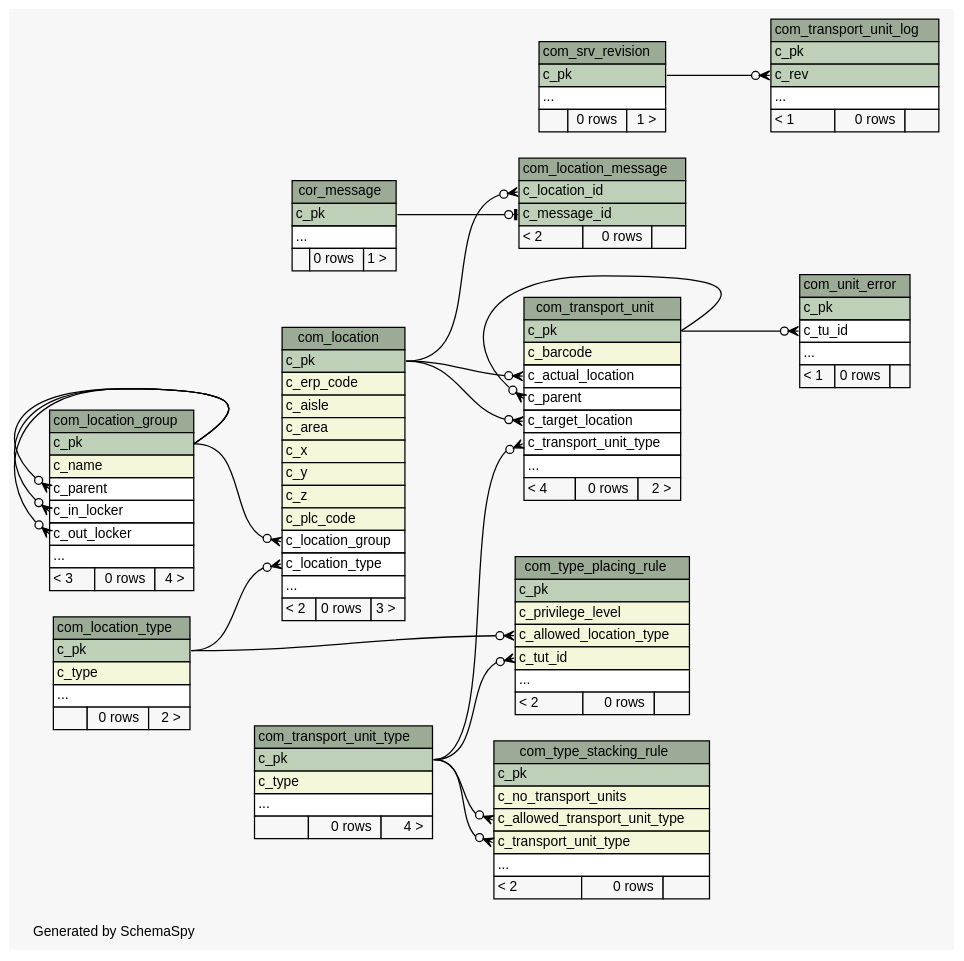
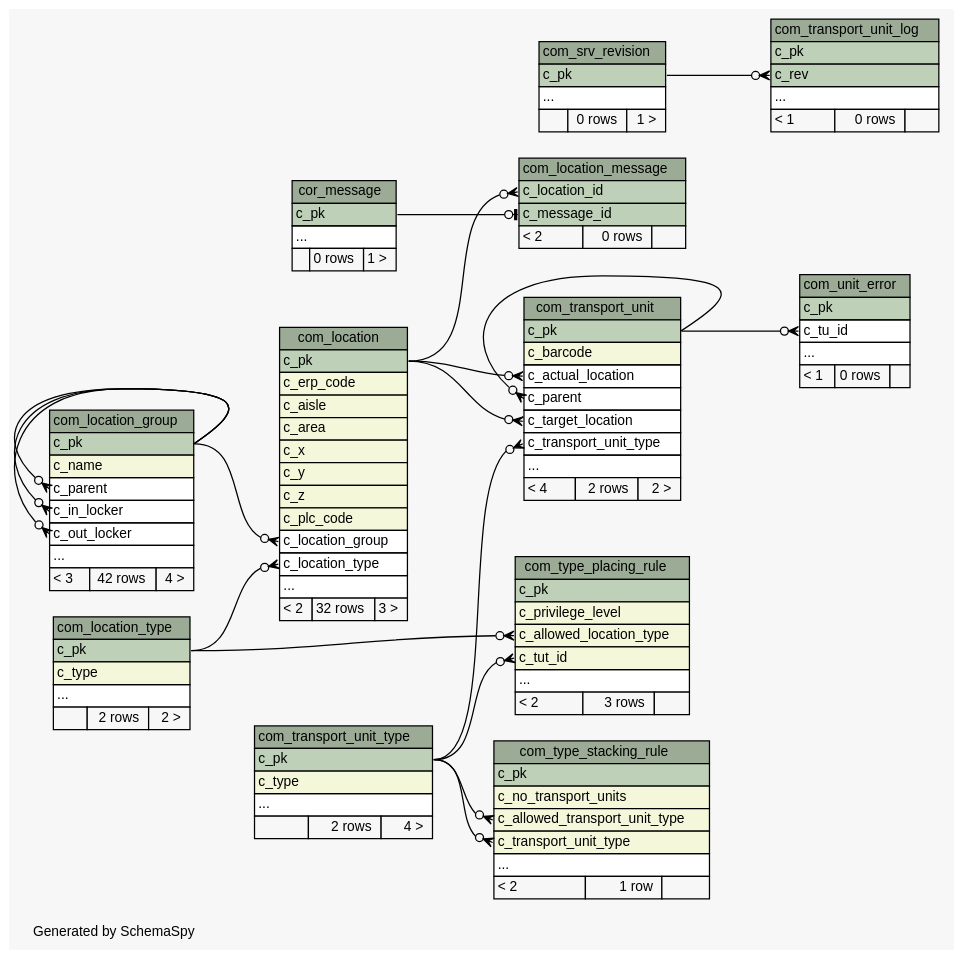
One commit to openwms/org.openwms.common.service.lib changed the diagram in schemaspy/diagrams/summary/relationships.real.compact.dot. Above: the diagram before and after it, drawn with Graphviz. The commit also changed 551 other files, not shown here.

```diff
--- a/schemaspy/diagrams/summary/relationships.real.compact.dot
+++ b/schemaspy/diagrams/summary/relationships.real.compact.dot
@@ -1,199 +1,199 @@
-// dot 2.38.0 on Linux 4.15.0-1037-gcp
+// dot 2.36.0 on Linux 4.4.0-101-generic
 // SchemaSpy rev Unknown
 digraph "compactRelationshipsDiagram" {
   graph [
     rankdir="RL"
     bgcolor="#f7f7f7"
     label="\nGenerated by SchemaSpy"
     labeljust="l"
     nodesep="0.18"
     ranksep="0.46"
     fontname="Helvetica"
     fontsize="11"
   ];
   node [
     fontname="Helvetica"
     fontsize="11"
     shape="plaintext"
   ];
   edge [
     arrowsize="0.8"
   ];
   "com_location" [
     label=<
     <TABLE BORDER="0" CELLBORDER="1" CELLSPACING="0" BGCOLOR="#ffffff">
       <TR><TD COLSPAN="3" BGCOLOR="#9bab96" ALIGN="CENTER">com_location</TD></TR>
       <TR><TD PORT="c_pk" COLSPAN="3" BGCOLOR="#bed1b8" ALIGN="LEFT">c_pk</TD></TR>
       <TR><TD PORT="c_erp_code" COLSPAN="3" BGCOLOR="#f4f7da" ALIGN="LEFT">c_erp_code</TD></TR>
       <TR><TD PORT="c_aisle" COLSPAN="3" BGCOLOR="#f4f7da" ALIGN="LEFT">c_aisle</TD></TR>
       <TR><TD PORT="c_area" COLSPAN="3" BGCOLOR="#f4f7da" ALIGN="LEFT">c_area</TD></TR>
       <TR><TD PORT="c_x" COLSPAN="3" BGCOLOR="#f4f7da" ALIGN="LEFT">c_x</TD></TR>
       <TR><TD PORT="c_y" COLSPAN="3" BGCOLOR="#f4f7da" ALIGN="LEFT">c_y</TD></TR>
       <TR><TD PORT="c_z" COLSPAN="3" BGCOLOR="#f4f7da" ALIGN="LEFT">c_z</TD></TR>
       <TR><TD PORT="c_plc_code" COLSPAN="3" BGCOLOR="#f4f7da" ALIGN="LEFT">c_plc_code</TD></TR>
       <TR><TD PORT="c_location_group" COLSPAN="3" ALIGN="LEFT">c_location_group</TD></TR>
       <TR><TD PORT="c_location_type" COLSPAN="3" ALIGN="LEFT">c_location_type</TD></TR>
       <TR><TD PORT="elipses" COLSPAN="3" ALIGN="LEFT">...</TD></TR>
-      <TR><TD ALIGN="LEFT" BGCOLOR="#f7f7f7">&lt; 2</TD><TD ALIGN="RIGHT" BGCOLOR="#f7f7f7">0 rows</TD><TD ALIGN="RIGHT" BGCOLOR="#f7f7f7">3 &gt;</TD></TR>
+      <TR><TD ALIGN="LEFT" BGCOLOR="#f7f7f7">&lt; 2</TD><TD ALIGN="RIGHT" BGCOLOR="#f7f7f7">32 rows</TD><TD ALIGN="RIGHT" BGCOLOR="#f7f7f7">3 &gt;</TD></TR>
     </TABLE>>
     URL="tables/com_location.html"
     tooltip="com_location"
   ];
   "com_location_group" [
     label=<
     <TABLE BORDER="0" CELLBORDER="1" CELLSPACING="0" BGCOLOR="#ffffff">
       <TR><TD COLSPAN="3" BGCOLOR="#9bab96" ALIGN="CENTER">com_location_group</TD></TR>
       <TR><TD PORT="c_pk" COLSPAN="3" BGCOLOR="#bed1b8" ALIGN="LEFT">c_pk</TD></TR>
       <TR><TD PORT="c_name" COLSPAN="3" BGCOLOR="#f4f7da" ALIGN="LEFT">c_name</TD></TR>
       <TR><TD PORT="c_parent" COLSPAN="3" ALIGN="LEFT">c_parent</TD></TR>
       <TR><TD PORT="c_in_locker" COLSPAN="3" ALIGN="LEFT">c_in_locker</TD></TR>
       <TR><TD PORT="c_out_locker" COLSPAN="3" ALIGN="LEFT">c_out_locker</TD></TR>
       <TR><TD PORT="elipses" COLSPAN="3" ALIGN="LEFT">...</TD></TR>
-      <TR><TD ALIGN="LEFT" BGCOLOR="#f7f7f7">&lt; 3</TD><TD ALIGN="RIGHT" BGCOLOR="#f7f7f7">0 rows</TD><TD ALIGN="RIGHT" BGCOLOR="#f7f7f7">4 &gt;</TD></TR>
+      <TR><TD ALIGN="LEFT" BGCOLOR="#f7f7f7">&lt; 3</TD><TD ALIGN="RIGHT" BGCOLOR="#f7f7f7">42 rows</TD><TD ALIGN="RIGHT" BGCOLOR="#f7f7f7">4 &gt;</TD></TR>
     </TABLE>>
     URL="tables/com_location_group.html"
     tooltip="com_location_group"
   ];
   "com_location_message" [
     label=<
     <TABLE BORDER="0" CELLBORDER="1" CELLSPACING="0" BGCOLOR="#ffffff">
       <TR><TD COLSPAN="3" BGCOLOR="#9bab96" ALIGN="CENTER">com_location_message</TD></TR>
       <TR><TD PORT="c_location_id" COLSPAN="3" BGCOLOR="#bed1b8" ALIGN="LEFT">c_location_id</TD></TR>
       <TR><TD PORT="c_message_id" COLSPAN="3" BGCOLOR="#bed1b8" ALIGN="LEFT">c_message_id</TD></TR>
       <TR><TD ALIGN="LEFT" BGCOLOR="#f7f7f7">&lt; 2</TD><TD ALIGN="RIGHT" BGCOLOR="#f7f7f7">0 rows</TD><TD ALIGN="RIGHT" BGCOLOR="#f7f7f7">  </TD></TR>
     </TABLE>>
     URL="tables/com_location_message.html"
     tooltip="com_location_message"
   ];
   "com_location_type" [
     label=<
     <TABLE BORDER="0" CELLBORDER="1" CELLSPACING="0" BGCOLOR="#ffffff">
       <TR><TD COLSPAN="3" BGCOLOR="#9bab96" ALIGN="CENTER">com_location_type</TD></TR>
       <TR><TD PORT="c_pk" COLSPAN="3" BGCOLOR="#bed1b8" ALIGN="LEFT">c_pk</TD></TR>
       <TR><TD PORT="c_type" COLSPAN="3" BGCOLOR="#f4f7da" ALIGN="LEFT">c_type</TD></TR>
       <TR><TD PORT="elipses" COLSPAN="3" ALIGN="LEFT">...</TD></TR>
-      <TR><TD ALIGN="LEFT" BGCOLOR="#f7f7f7">  </TD><TD ALIGN="RIGHT" BGCOLOR="#f7f7f7">0 rows</TD><TD ALIGN="RIGHT" BGCOLOR="#f7f7f7">2 &gt;</TD></TR>
+      <TR><TD ALIGN="LEFT" BGCOLOR="#f7f7f7">  </TD><TD ALIGN="RIGHT" BGCOLOR="#f7f7f7">2 rows</TD><TD ALIGN="RIGHT" BGCOLOR="#f7f7f7">2 &gt;</TD></TR>
     </TABLE>>
     URL="tables/com_location_type.html"
     tooltip="com_location_type"
   ];
   "com_srv_revision" [
     label=<
     <TABLE BORDER="0" CELLBORDER="1" CELLSPACING="0" BGCOLOR="#ffffff">
       <TR><TD COLSPAN="3" BGCOLOR="#9bab96" ALIGN="CENTER">com_srv_revision</TD></TR>
       <TR><TD PORT="c_pk" COLSPAN="3" BGCOLOR="#bed1b8" ALIGN="LEFT">c_pk</TD></TR>
       <TR><TD PORT="elipses" COLSPAN="3" ALIGN="LEFT">...</TD></TR>
       <TR><TD ALIGN="LEFT" BGCOLOR="#f7f7f7">  </TD><TD ALIGN="RIGHT" BGCOLOR="#f7f7f7">0 rows</TD><TD ALIGN="RIGHT" BGCOLOR="#f7f7f7">1 &gt;</TD></TR>
     </TABLE>>
     URL="tables/com_srv_revision.html"
     tooltip="com_srv_revision"
   ];
   "com_transport_unit" [
     label=<
     <TABLE BORDER="0" CELLBORDER="1" CELLSPACING="0" BGCOLOR="#ffffff">
       <TR><TD COLSPAN="3" BGCOLOR="#9bab96" ALIGN="CENTER">com_transport_unit</TD></TR>
       <TR><TD PORT="c_pk" COLSPAN="3" BGCOLOR="#bed1b8" ALIGN="LEFT">c_pk</TD></TR>
       <TR><TD PORT="c_barcode" COLSPAN="3" BGCOLOR="#f4f7da" ALIGN="LEFT">c_barcode</TD></TR>
       <TR><TD PORT="c_actual_location" COLSPAN="3" ALIGN="LEFT">c_actual_location</TD></TR>
       <TR><TD PORT="c_parent" COLSPAN="3" ALIGN="LEFT">c_parent</TD></TR>
       <TR><TD PORT="c_target_location" COLSPAN="3" ALIGN="LEFT">c_target_location</TD></TR>
       <TR><TD PORT="c_transport_unit_type" COLSPAN="3" ALIGN="LEFT">c_transport_unit_type</TD></TR>
       <TR><TD PORT="elipses" COLSPAN="3" ALIGN="LEFT">...</TD></TR>
-      <TR><TD ALIGN="LEFT" BGCOLOR="#f7f7f7">&lt; 4</TD><TD ALIGN="RIGHT" BGCOLOR="#f7f7f7">0 rows</TD><TD ALIGN="RIGHT" BGCOLOR="#f7f7f7">2 &gt;</TD></TR>
+      <TR><TD ALIGN="LEFT" BGCOLOR="#f7f7f7">&lt; 4</TD><TD ALIGN="RIGHT" BGCOLOR="#f7f7f7">2 rows</TD><TD ALIGN="RIGHT" BGCOLOR="#f7f7f7">2 &gt;</TD></TR>
     </TABLE>>
     URL="tables/com_transport_unit.html"
     tooltip="com_transport_unit"
   ];
   "com_transport_unit_log" [
     label=<
     <TABLE BORDER="0" CELLBORDER="1" CELLSPACING="0" BGCOLOR="#ffffff">
       <TR><TD COLSPAN="3" BGCOLOR="#9bab96" ALIGN="CENTER">com_transport_unit_log</TD></TR>
       <TR><TD PORT="c_pk" COLSPAN="3" BGCOLOR="#bed1b8" ALIGN="LEFT">c_pk</TD></TR>
       <TR><TD PORT="c_rev" COLSPAN="3" BGCOLOR="#bed1b8" ALIGN="LEFT">c_rev</TD></TR>
       <TR><TD PORT="elipses" COLSPAN="3" ALIGN="LEFT">...</TD></TR>
       <TR><TD ALIGN="LEFT" BGCOLOR="#f7f7f7">&lt; 1</TD><TD ALIGN="RIGHT" BGCOLOR="#f7f7f7">0 rows</TD><TD ALIGN="RIGHT" BGCOLOR="#f7f7f7">  </TD></TR>
     </TABLE>>
     URL="tables/com_transport_unit_log.html"
     tooltip="com_transport_unit_log"
   ];
   "com_transport_unit_type" [
     label=<
     <TABLE BORDER="0" CELLBORDER="1" CELLSPACING="0" BGCOLOR="#ffffff">
       <TR><TD COLSPAN="3" BGCOLOR="#9bab96" ALIGN="CENTER">com_transport_unit_type</TD></TR>
       <TR><TD PORT="c_pk" COLSPAN="3" BGCOLOR="#bed1b8" ALIGN="LEFT">c_pk</TD></TR>
       <TR><TD PORT="c_type" COLSPAN="3" BGCOLOR="#f4f7da" ALIGN="LEFT">c_type</TD></TR>
       <TR><TD PORT="elipses" COLSPAN="3" ALIGN="LEFT">...</TD></TR>
-      <TR><TD ALIGN="LEFT" BGCOLOR="#f7f7f7">  </TD><TD ALIGN="RIGHT" BGCOLOR="#f7f7f7">0 rows</TD><TD ALIGN="RIGHT" BGCOLOR="#f7f7f7">4 &gt;</TD></TR>
+      <TR><TD ALIGN="LEFT" BGCOLOR="#f7f7f7">  </TD><TD ALIGN="RIGHT" BGCOLOR="#f7f7f7">2 rows</TD><TD ALIGN="RIGHT" BGCOLOR="#f7f7f7">4 &gt;</TD></TR>
     </TABLE>>
     URL="tables/com_transport_unit_type.html"
     tooltip="com_transport_unit_type"
   ];
   "com_type_placing_rule" [
     label=<
     <TABLE BORDER="0" CELLBORDER="1" CELLSPACING="0" BGCOLOR="#ffffff">
       <TR><TD COLSPAN="3" BGCOLOR="#9bab96" ALIGN="CENTER">com_type_placing_rule</TD></TR>
       <TR><TD PORT="c_pk" COLSPAN="3" BGCOLOR="#bed1b8" ALIGN="LEFT">c_pk</TD></TR>
       <TR><TD PORT="c_privilege_level" COLSPAN="3" BGCOLOR="#f4f7da" ALIGN="LEFT">c_privilege_level</TD></TR>
       <TR><TD PORT="c_allowed_location_type" COLSPAN="3" BGCOLOR="#f4f7da" ALIGN="LEFT">c_allowed_location_type</TD></TR>
       <TR><TD PORT="c_tut_id" COLSPAN="3" BGCOLOR="#f4f7da" ALIGN="LEFT">c_tut_id</TD></TR>
       <TR><TD PORT="elipses" COLSPAN="3" ALIGN="LEFT">...</TD></TR>
-      <TR><TD ALIGN="LEFT" BGCOLOR="#f7f7f7">&lt; 2</TD><TD ALIGN="RIGHT" BGCOLOR="#f7f7f7">0 rows</TD><TD ALIGN="RIGHT" BGCOLOR="#f7f7f7">  </TD></TR>
+      <TR><TD ALIGN="LEFT" BGCOLOR="#f7f7f7">&lt; 2</TD><TD ALIGN="RIGHT" BGCOLOR="#f7f7f7">3 rows</TD><TD ALIGN="RIGHT" BGCOLOR="#f7f7f7">  </TD></TR>
     </TABLE>>
     URL="tables/com_type_placing_rule.html"
     tooltip="com_type_placing_rule"
   ];
   "com_type_stacking_rule" [
     label=<
     <TABLE BORDER="0" CELLBORDER="1" CELLSPACING="0" BGCOLOR="#ffffff">
       <TR><TD COLSPAN="3" BGCOLOR="#9bab96" ALIGN="CENTER">com_type_stacking_rule</TD></TR>
       <TR><TD PORT="c_pk" COLSPAN="3" BGCOLOR="#bed1b8" ALIGN="LEFT">c_pk</TD></TR>
       <TR><TD PORT="c_no_transport_units" COLSPAN="3" BGCOLOR="#f4f7da" ALIGN="LEFT">c_no_transport_units</TD></TR>
       <TR><TD PORT="c_allowed_transport_unit_type" COLSPAN="3" BGCOLOR="#f4f7da" ALIGN="LEFT">c_allowed_transport_unit_type</TD></TR>
       <TR><TD PORT="c_transport_unit_type" COLSPAN="3" BGCOLOR="#f4f7da" ALIGN="LEFT">c_transport_unit_type</TD></TR>
       <TR><TD PORT="elipses" COLSPAN="3" ALIGN="LEFT">...</TD></TR>
-      <TR><TD ALIGN="LEFT" BGCOLOR="#f7f7f7">&lt; 2</TD><TD ALIGN="RIGHT" BGCOLOR="#f7f7f7">0 rows</TD><TD ALIGN="RIGHT" BGCOLOR="#f7f7f7">  </TD></TR>
+      <TR><TD ALIGN="LEFT" BGCOLOR="#f7f7f7">&lt; 2</TD><TD ALIGN="RIGHT" BGCOLOR="#f7f7f7">1 row</TD><TD ALIGN="RIGHT" BGCOLOR="#f7f7f7">  </TD></TR>
     </TABLE>>
     URL="tables/com_type_stacking_rule.html"
     tooltip="com_type_stacking_rule"
   ];
   "com_unit_error" [
     label=<
     <TABLE BORDER="0" CELLBORDER="1" CELLSPACING="0" BGCOLOR="#ffffff">
       <TR><TD COLSPAN="3" BGCOLOR="#9bab96" ALIGN="CENTER">com_unit_error</TD></TR>
       <TR><TD PORT="c_pk" COLSPAN="3" BGCOLOR="#bed1b8" ALIGN="LEFT">c_pk</TD></TR>
       <TR><TD PORT="c_tu_id" COLSPAN="3" ALIGN="LEFT">c_tu_id</TD></TR>
       <TR><TD PORT="elipses" COLSPAN="3" ALIGN="LEFT">...</TD></TR>
       <TR><TD ALIGN="LEFT" BGCOLOR="#f7f7f7">&lt; 1</TD><TD ALIGN="RIGHT" BGCOLOR="#f7f7f7">0 rows</TD><TD ALIGN="RIGHT" BGCOLOR="#f7f7f7">  </TD></TR>
     </TABLE>>
     URL="tables/com_unit_error.html"
     tooltip="com_unit_error"
   ];
   "cor_message" [
     label=<
     <TABLE BORDER="0" CELLBORDER="1" CELLSPACING="0" BGCOLOR="#ffffff">
       <TR><TD COLSPAN="3" BGCOLOR="#9bab96" ALIGN="CENTER">cor_message</TD></TR>
       <TR><TD PORT="c_pk" COLSPAN="3" BGCOLOR="#bed1b8" ALIGN="LEFT">c_pk</TD></TR>
       <TR><TD PORT="elipses" COLSPAN="3" ALIGN="LEFT">...</TD></TR>
       <TR><TD ALIGN="LEFT" BGCOLOR="#f7f7f7">  </TD><TD ALIGN="RIGHT" BGCOLOR="#f7f7f7">0 rows</TD><TD ALIGN="RIGHT" BGCOLOR="#f7f7f7">1 &gt;</TD></TR>
     </TABLE>>
     URL="tables/cor_message.html"
     tooltip="cor_message"
   ];
   "com_location":"c_location_group":w -> "com_location_group":"c_pk":e [arrowhead=none dir=back arrowtail=crowodot];
   "com_location":"c_location_type":w -> "com_location_type":"c_pk":e [arrowhead=none dir=back arrowtail=crowodot];
   "com_location_group":"c_in_locker":w -> "com_location_group":"c_pk":e [arrowhead=none dir=back arrowtail=crowodot];
   "com_location_group":"c_out_locker":w -> "com_location_group":"c_pk":e [arrowhead=none dir=back arrowtail=crowodot];
   "com_location_group":"c_parent":w -> "com_location_group":"c_pk":e [arrowhead=none dir=back arrowtail=crowodot];
   "com_location_message":"c_location_id":w -> "com_location":"c_pk":e [arrowhead=none dir=back arrowtail=crowodot];
   "com_location_message":"c_message_id":w -> "cor_message":"c_pk":e [arrowhead=none dir=back arrowtail=teeodot];
   "com_transport_unit":"c_actual_location":w -> "com_location":"c_pk":e [arrowhead=none dir=back arrowtail=crowodot];
   "com_transport_unit":"c_parent":w -> "com_transport_unit":"c_pk":e [arrowhead=none dir=back arrowtail=crowodot];
   "com_transport_unit":"c_target_location":w -> "com_location":"c_pk":e [arrowhead=none dir=back arrowtail=crowodot];
   "com_transport_unit":"c_transport_unit_type":w -> "com_transport_unit_type":"c_pk":e [arrowhead=none dir=back arrowtail=crowodot];
   "com_transport_unit_log":"c_rev":w -> "com_srv_revision":"c_pk":e [arrowhead=none dir=back arrowtail=crowodot];
   "com_type_placing_rule":"c_allowed_location_type":w -> "com_location_type":"c_pk":e [arrowhead=none dir=back arrowtail=crowodot];
   "com_type_placing_rule":"c_tut_id":w -> "com_transport_unit_type":"c_pk":e [arrowhead=none dir=back arrowtail=crowodot];
   "com_type_stacking_rule":"c_allowed_transport_unit_type":w -> "com_transport_unit_type":"c_pk":e [arrowhead=none dir=back arrowtail=crowodot];
   "com_type_stacking_rule":"c_transport_unit_type":w -> "com_transport_unit_type":"c_pk":e [arrowhead=none dir=back arrowtail=crowodot];
   "com_unit_error":"c_tu_id":w -> "com_transport_unit":"c_pk":e [arrowhead=none dir=back arrowtail=crowodot];
 }
```
